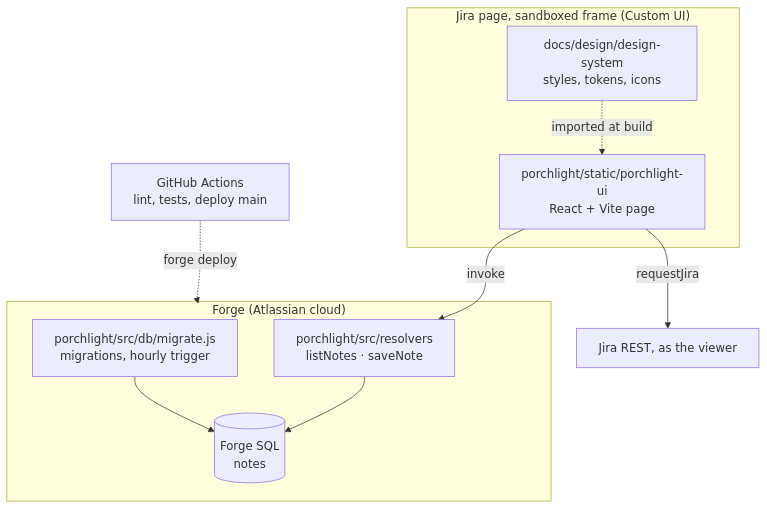
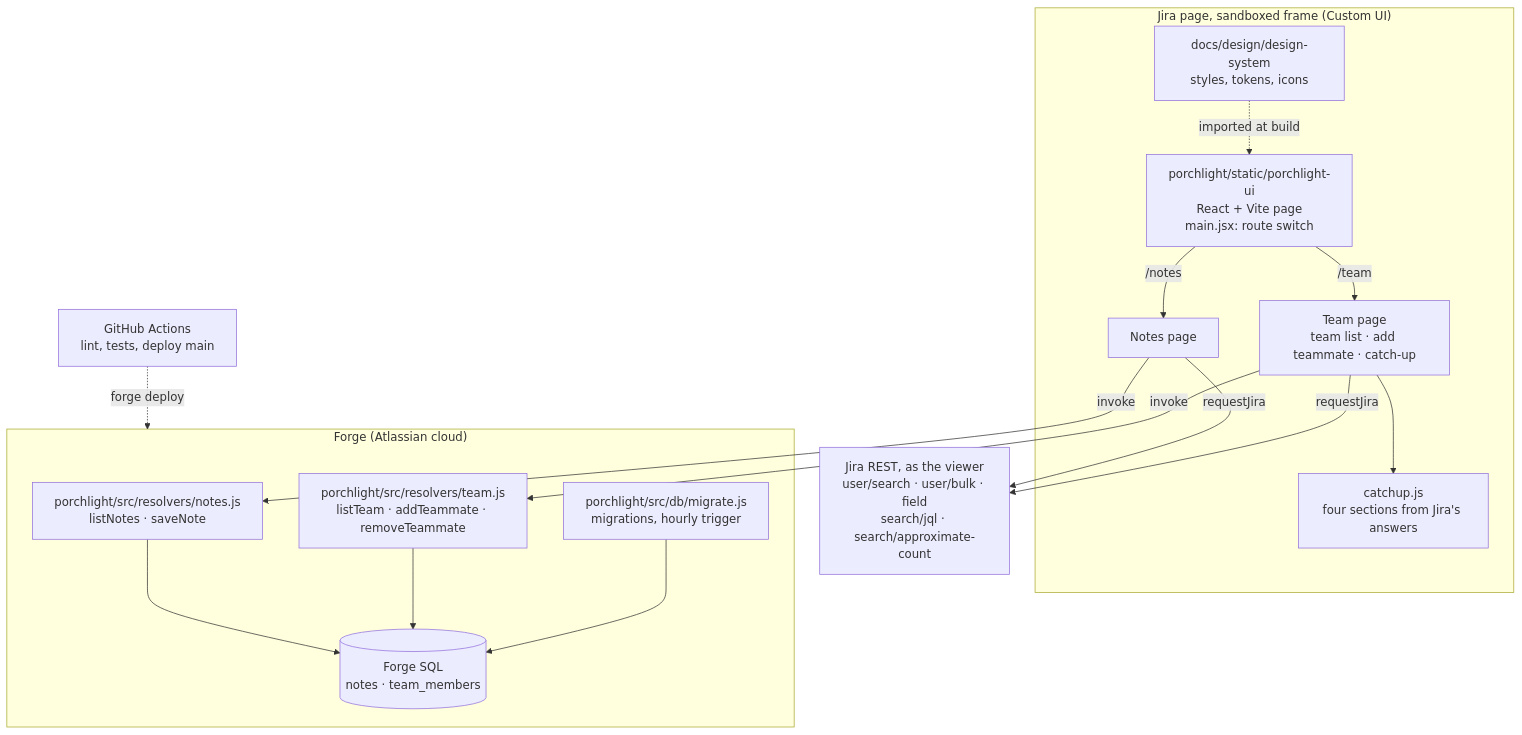
Before and after one commit to dzaffren/porchlight: the second of 2 diagrams in docs/ARCHITECTURE.md, drawn with Mermaid. The commit also changed other lines of this file, not shown here.

Commit message:
docs(docs): add the team page and catch-up to the architecture
The component diagram and table now show the route switch, the Team
and Notes pages, catchup.js, the team resolvers, the team_members
table and the Jira REST calls the page makes as the viewer, from the
catch-up-view technical plan.

````diff
--- a/docs/ARCHITECTURE.md
+++ b/docs/ARCHITECTURE.md
@@ -14,19 +14,28 @@
 ```mermaid
 flowchart TB
     subgraph Browser["Jira page, sandboxed frame (Custom UI)"]
-        UI["porchlight/static/porchlight-ui<br/>React + Vite page"]
+        RS["porchlight/static/porchlight-ui<br/>React + Vite page<br/>main.jsx: route switch"]
+        TP["Team page<br/>team list · add teammate · catch-up"]
+        NP["Notes page"]
+        CU["catchup.js<br/>four sections from Jira's answers"]
         DS["docs/design/design-system<br/>styles, tokens, icons"]
-        DS -. "imported at build" .-> UI
+        RS -- "/team" --> TP
+        RS -- "/notes" --> NP
+        TP --> CU
+        DS -. "imported at build" .-> RS
     end
     subgraph Forge["Forge (Atlassian cloud)"]
-        R["porchlight/src/resolvers<br/>listNotes · saveNote"]
+        RN["porchlight/src/resolvers/notes.js<br/>listNotes · saveNote"]
+        RT["porchlight/src/resolvers/team.js<br/>listTeam · addTeammate · removeTeammate"]
         M["porchlight/src/db/migrate.js<br/>migrations, hourly trigger"]
-        SQL[("Forge SQL<br/>notes")]
+        SQL[("Forge SQL<br/>notes · team_members")]
     end
-    J["Jira REST, as the viewer"]
+    J["Jira REST, as the viewer<br/>user/search · user/bulk · field<br/>search/jql · search/approximate-count"]
     CI["GitHub Actions<br/>lint, tests, deploy main"]
-    UI -- "invoke" --> R --> SQL
+    NP -- "invoke" --> RN --> SQL
+    TP -- "invoke" --> RT --> SQL
     M --> SQL
-    UI -- "requestJira" --> J
+    NP -- "requestJira" --> J
+    TP -- "requestJira" --> J
     CI -. "forge deploy" .-> Forge
 ```
````
